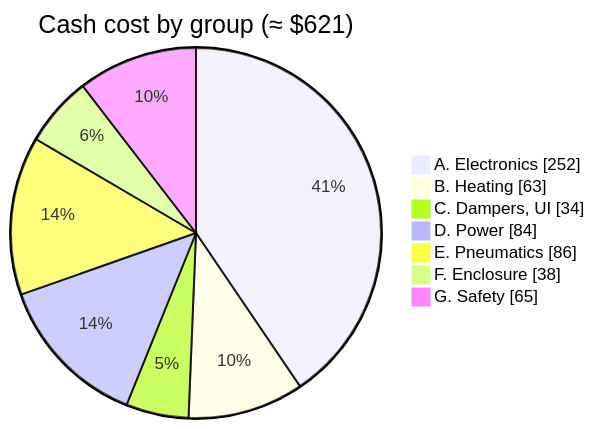
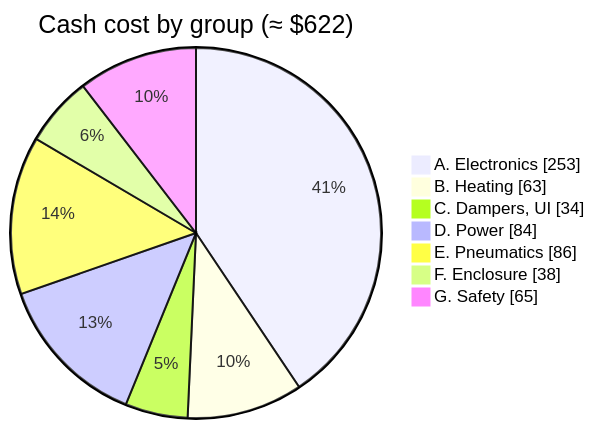
Before and after one commit to BashfulBits/3dp-fleet-exhaust: the diagram in docs/03_bill_of_materials.md, drawn with Mermaid. The commit also changed other lines of this file and 7 other files, not shown here.

````diff
--- a/docs/03_bill_of_materials.md
+++ b/docs/03_bill_of_materials.md
@@ -28,11 +28,11 @@
 ```mermaid
 pie showData
-  title Cash cost by group (≈ $621)
-  "A. Electronics" : 252
+  title Cash cost by group (≈ $622)
+  "A. Electronics" : 253
   "B. Heating" : 63
   "C. Dampers, UI" : 34
   "D. Power" : 84
   "E. Pneumatics" : 86
   "F. Enclosure" : 38
   "G. Safety" : 65
 ```
````
